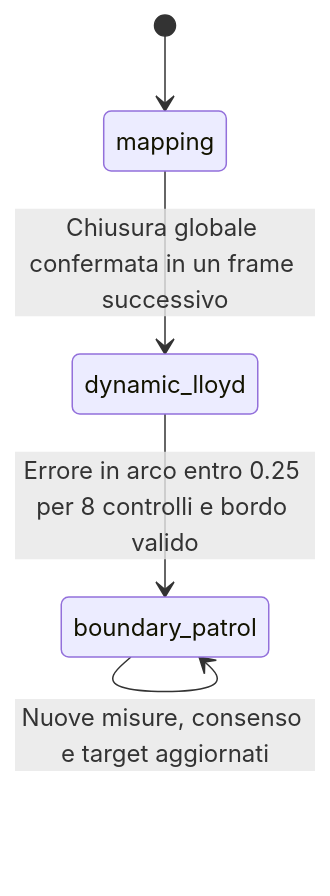
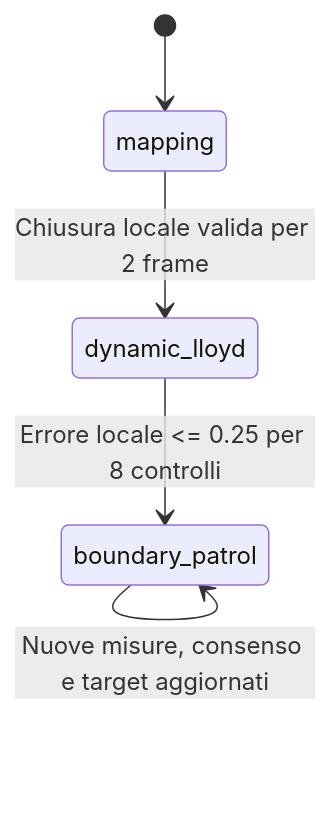
The second of 2 diagrams in README.md (Goldo02/drp_oil_spill_tracking_project), drawn with Mermaid before and after one commit. The commit also changed other lines of this file and 8 other files, not shown here.

````diff
--- a/README.md
+++ b/README.md
@@ -432,7 +437,7 @@
 ```mermaid
 stateDiagram-v2
     [*] --> mapping
-    mapping --> dynamic_lloyd: Chiusura globale confermata in un frame successivo
-    dynamic_lloyd --> boundary_patrol: Errore in arco entro 0.25 per 8 controlli e bordo valido
+    mapping --> dynamic_lloyd: Chiusura locale valida per 2 frame
+    dynamic_lloyd --> boundary_patrol: Errore locale <= 0.25 per 8 controlli
     boundary_patrol --> boundary_patrol: Nuove misure, consenso e target aggiornati
 ```
````
